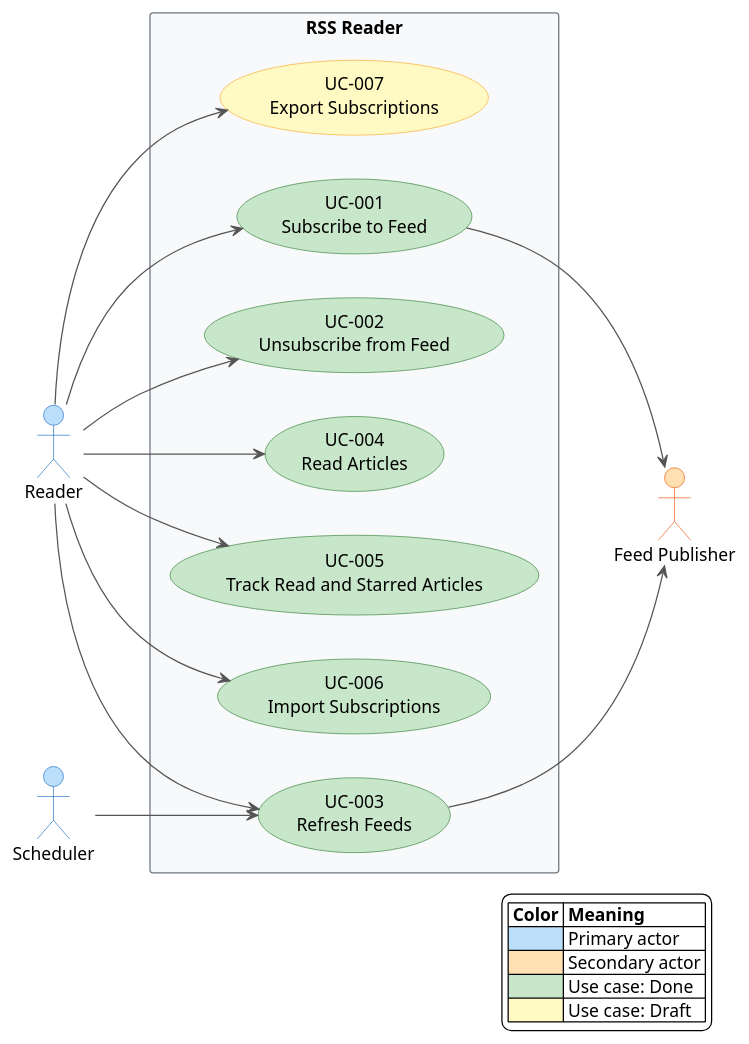
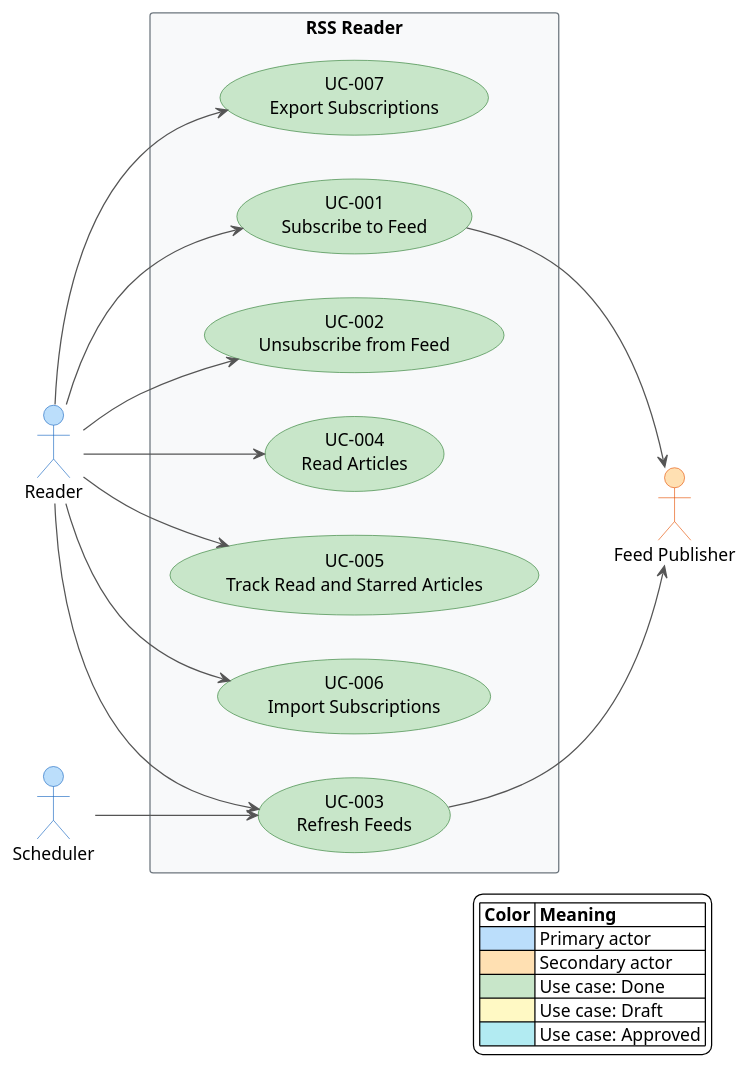
The diagram in docs/use_cases.puml (simasch/rss-reader), drawn with PlantUML before and after one commit. The commit also changed 1 other file, not shown here.

Commit message:
Set UC-007 status to Done

```diff
--- a/docs/use_cases.puml
+++ b/docs/use_cases.puml
@@ -1,62 +1,66 @@
 @startuml Use Cases Overview
 left to right direction
 
 skinparam shadowing false
 skinparam legendBackgroundColor #FFFFFF
 skinparam ArrowColor #555555
 skinparam rectangle {
     BackgroundColor #F8F9FA
     BorderColor #6C757D
 }
 skinparam actor {
     BackgroundColor<<primary>> #BBDEFB
     BorderColor<<primary>> #1565C0
     BackgroundColor<<secondary>> #FFE0B2
     BorderColor<<secondary>> #E65100
 }
 skinparam usecase {
     BackgroundColor<<Done>> #C8E6C9
     BorderColor<<Done>> #2E7D32
     BackgroundColor<<Draft>> #FFF9C4
     BorderColor<<Draft>> #F9A825
+    BackgroundColor<<Approved>> #B2EBF2
+    BorderColor<<Approved>> #00838F
 }
 hide <<primary>> stereotype
 hide <<secondary>> stereotype
 hide <<Done>> stereotype
 hide <<Draft>> stereotype
+hide <<Approved>> stereotype
 
 actor "Reader" as reader <<primary>>
 actor "Scheduler" as scheduler <<primary>>
 actor "Feed Publisher" as publisher <<secondary>>
 
 rectangle "RSS Reader" {
     usecase "UC-001\nSubscribe to Feed" as UC001 <<Done>>
     usecase "UC-002\nUnsubscribe from Feed" as UC002 <<Done>>
     usecase "UC-003\nRefresh Feeds" as UC003 <<Done>>
     usecase "UC-004\nRead Articles" as UC004 <<Done>>
     usecase "UC-005\nTrack Read and Starred Articles" as UC005 <<Done>>
     usecase "UC-006\nImport Subscriptions" as UC006 <<Done>>
-    usecase "UC-007\nExport Subscriptions" as UC007 <<Draft>>
+    usecase "UC-007\nExport Subscriptions" as UC007 <<Done>>
 }
 
 reader --> UC001
 reader --> UC002
 reader --> UC003
 reader --> UC004
 reader --> UC005
 reader --> UC006
 reader --> UC007
 scheduler --> UC003
 
 UC001 --> publisher
 UC003 --> publisher
 
 legend right
     |= Color |= Meaning |
     |<#BBDEFB>     | Primary actor |
     |<#FFE0B2>     | Secondary actor |
     |<#C8E6C9>     | Use case: Done |
     |<#FFF9C4>     | Use case: Draft |
+    |<#B2EBF2>     | Use case: Approved |
 endlegend
 
 @enduml
```
